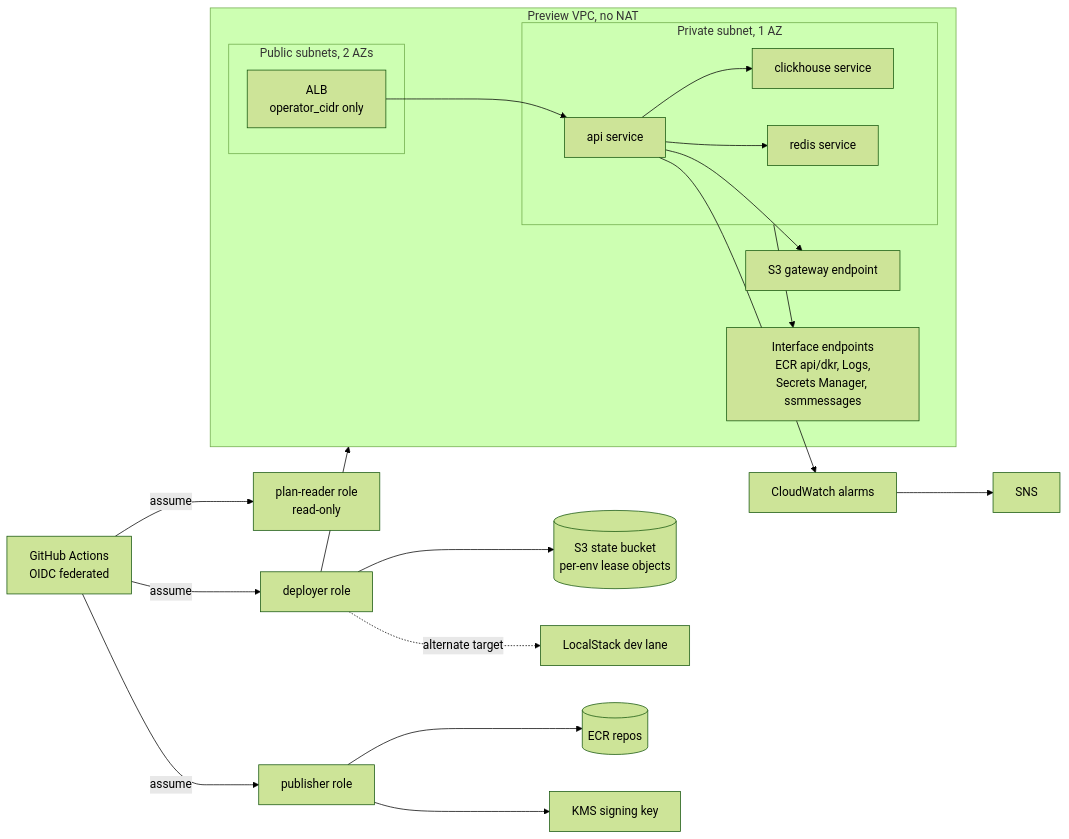
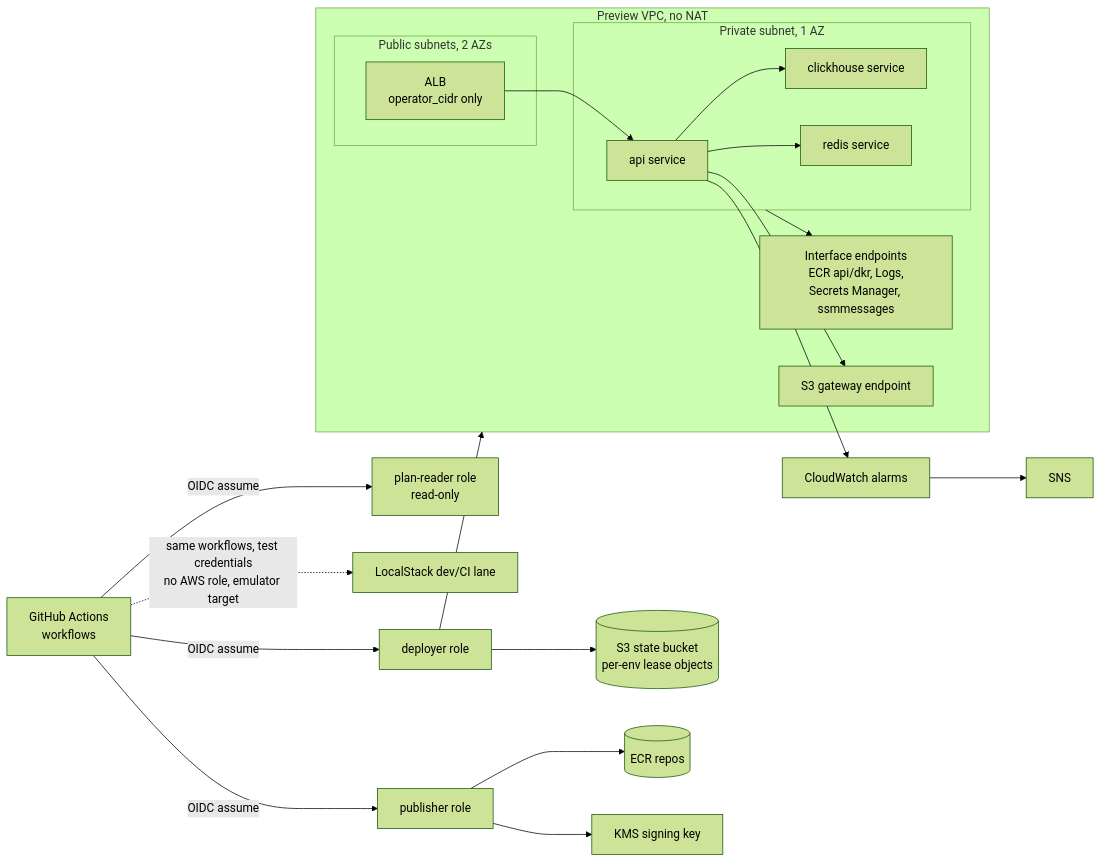
Before and after one commit to FunnyValentine69/orbit-infra: the first of 2 diagrams in README.md, drawn with Mermaid (forest theme). The commit also changed other lines of this file, not shown here.

````diff
--- a/README.md
+++ b/README.md
@@ -29,29 +29,29 @@
 ```mermaid
 flowchart LR
-    gha["GitHub Actions<br/>OIDC federated"] -->|assume| planReader["plan-reader role<br/>read-only"]
-    gha -->|assume| deployer["deployer role"]
-    gha -->|assume| publisher["publisher role"]
+    gha["GitHub Actions<br/>workflows"] -->|"OIDC assume"| planReader["plan-reader role<br/>read-only"]
+    gha -->|"OIDC assume"| deployer["deployer role"]
+    gha -->|"OIDC assume"| publisher["publisher role"]
+    gha -.->|"same workflows, test credentials<br/>no AWS role, emulator target"| localstack["LocalStack dev/CI lane"]
     deployer --> leases[("S3 state bucket<br/>per-env lease objects")]
     deployer --> vpc
     publisher --> ecr[("ECR repos")]
     publisher --> kms["KMS signing key"]
-    deployer -.alternate target.-> localstack["LocalStack dev lane"]
     subgraph vpc["Preview VPC, no NAT"]
         subgraph pub["Public subnets, 2 AZs"]
             alb["ALB<br/>operator_cidr only"]
         end
         subgraph priv["Private subnet, 1 AZ"]
             api["api service"]
             ch["clickhouse service"]
             redis["redis service"]
         end
         ep["Interface endpoints<br/>ECR api/dkr, Logs,<br/>Secrets Manager, ssmmessages"]
         gw["S3 gateway endpoint"]
     end
     alb --> api
     api --> ch
     api --> redis
     api --> gw
     priv --> ep
     api --> alarms["CloudWatch alarms"] --> sns["SNS"]
 ```
````
